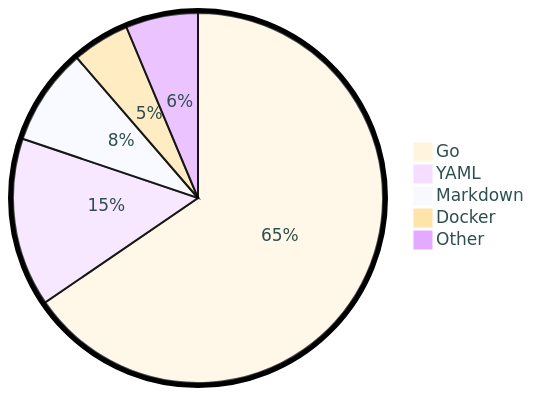
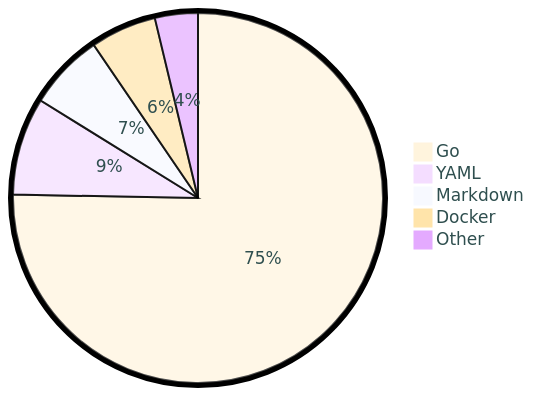
Before and after one commit to tot0p/tot0p: the diagram in README.md, drawn with Mermaid. The commit also changed other lines of this file, not shown here.

````diff
--- a/README.md
+++ b/README.md
@@ -82,9 +80,9 @@
 ```mermaid
 %%{init: {"pie": {"textPosition": 0.5}, "themeVariables": {"pieOuterStrokeWidth": "5px","primaryTextColor" : "#2F4F4F"},"theme":"base"} }%%
 pie
-	"Go": 65.47
-	"YAML": 14.73
-	"Markdown": 8.48
-	"Docker": 5.02
-	"Other": 6.319999999999999
+	"Go": 75.3
+	"YAML": 8.54
+	"Markdown": 6.65
+	"Docker": 5.77
+	"Other": 3.75
 ```
````
